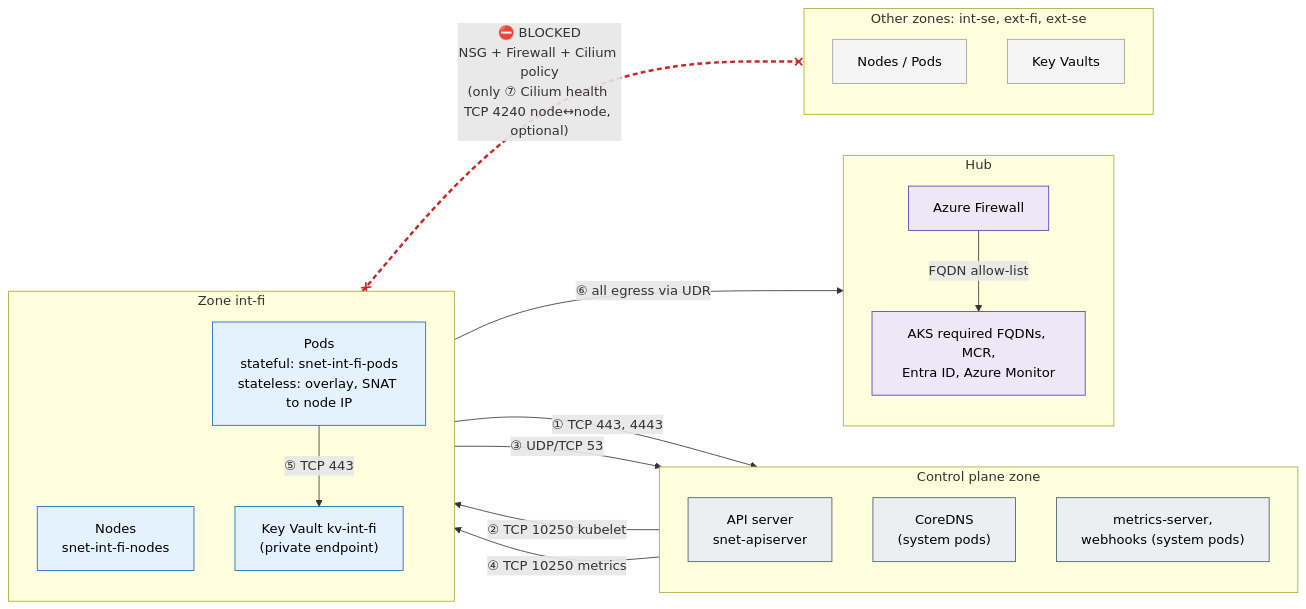
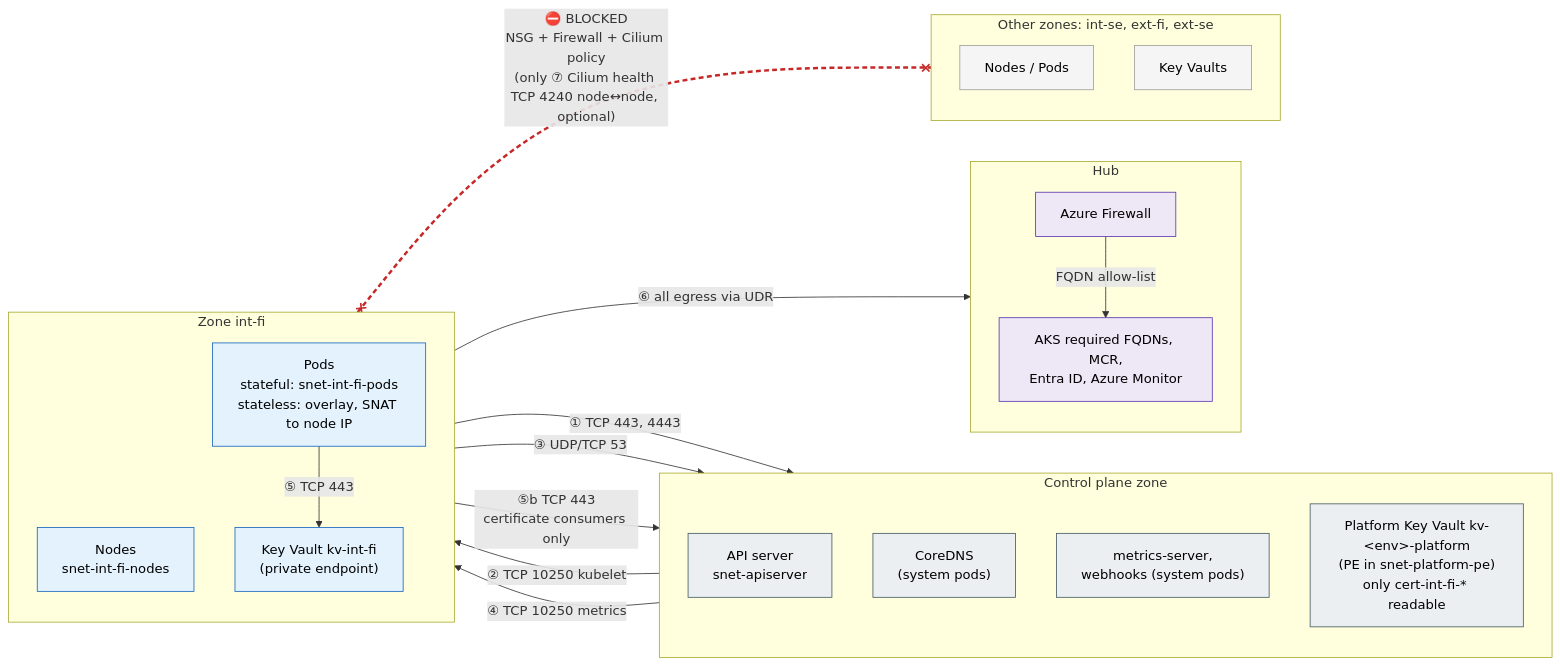
The diagram in diagrams/05-allowed-flows.mmd (olljanat-ai/aks-design), drawn with Mermaid before and after one commit. The commit also changed 12 other files, not shown here.

First line of the commit message:
Add a shared platform Key Vault per environment for certificates

```diff
--- a/diagrams/05-allowed-flows.mmd
+++ b/diagrams/05-allowed-flows.mmd
@@ -1,48 +1,50 @@
 %% Mandatory flows (numbered) for one workload zone; everything else between zones is blocked.
 %% The same pattern repeats for every zone; only the zone's own Key Vault and ingress differ.
 flowchart LR
     subgraph CP["Control plane zone"]
         direction TB
         api["API server<br/>snet-apiserver"]
         dns["CoreDNS<br/>(system pods)"]
         ms["metrics-server,<br/>webhooks (system pods)"]
+        pkv["Platform Key Vault kv-&lt;env&gt;-platform<br/>(PE in snet-platform-pe)<br/>only cert-int-fi-* readable"]
     end
 
     subgraph Z["Zone int-fi"]
         direction TB
         n["Nodes<br/>snet-int-fi-nodes"]
         p["Pods<br/>stateful: snet-int-fi-pods<br/>stateless: overlay, SNAT to node IP"]
         kv["Key Vault kv-int-fi<br/>(private endpoint)"]
     end
 
     subgraph H["Hub"]
         direction TB
         fw["Azure Firewall"]
         azure["AKS required FQDNs, MCR,<br/>Entra ID, Azure Monitor"]
     end
 
     subgraph O["Other zones: int-se, ext-fi, ext-se"]
         direction TB
         on["Nodes / Pods"]
         okv["Key Vaults"]
     end
 
     n -->|"① TCP 443, 4443"| api
     api -->|"② TCP 10250 kubelet"| n
     p -->|"③ UDP/TCP 53"| dns
     ms -->|"④ TCP 10250 metrics"| n
     p -->|"⑤ TCP 443"| kv
+    p -->|"⑤b TCP 443<br/>certificate consumers only"| pkv
     Z -->|"⑥ all egress via UDR"| fw
     fw -->|"FQDN allow-list"| azure
     Z x-.-x|"⛔ BLOCKED<br/>NSG + Firewall + Cilium policy<br/>(only ⑦ Cilium health TCP 4240 node↔node, optional)"| O
 
-    linkStyle 7 stroke:#c62828,stroke-width:3px,stroke-dasharray:6 4
+    linkStyle 8 stroke:#c62828,stroke-width:3px,stroke-dasharray:6 4
 
     classDef cp fill:#eceff1,stroke:#455a64,color:#000
     classDef int fill:#e3f2fd,stroke:#1565c0,color:#000
     classDef other fill:#f5f5f5,stroke:#9e9e9e,color:#000
     classDef hub fill:#ede7f6,stroke:#5e35b1,color:#000
-    class api,dns,ms cp
+    class api,dns,ms,pkv cp
     class n,p,kv int
     class on,okv other
     class fw,azure hub
```
